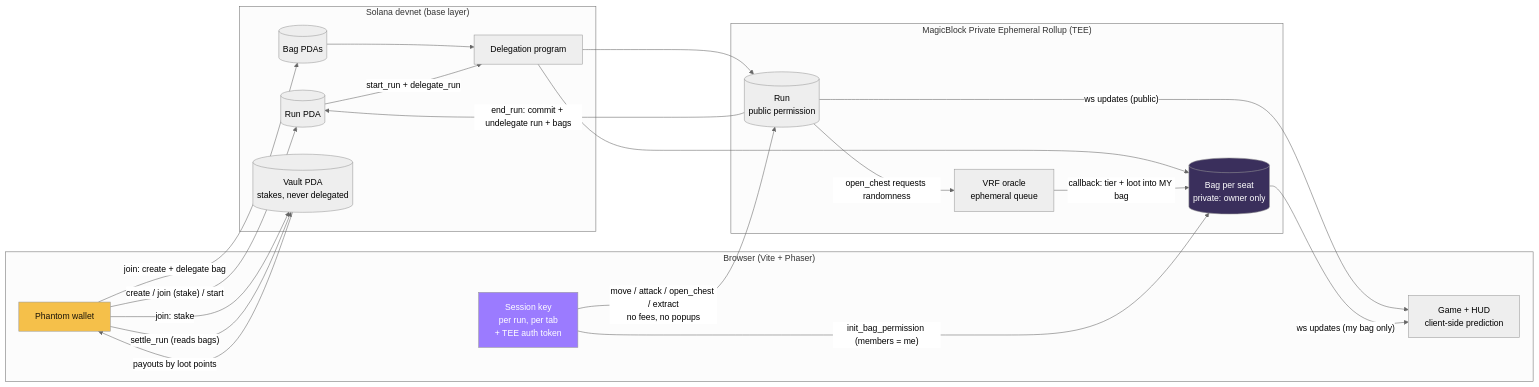
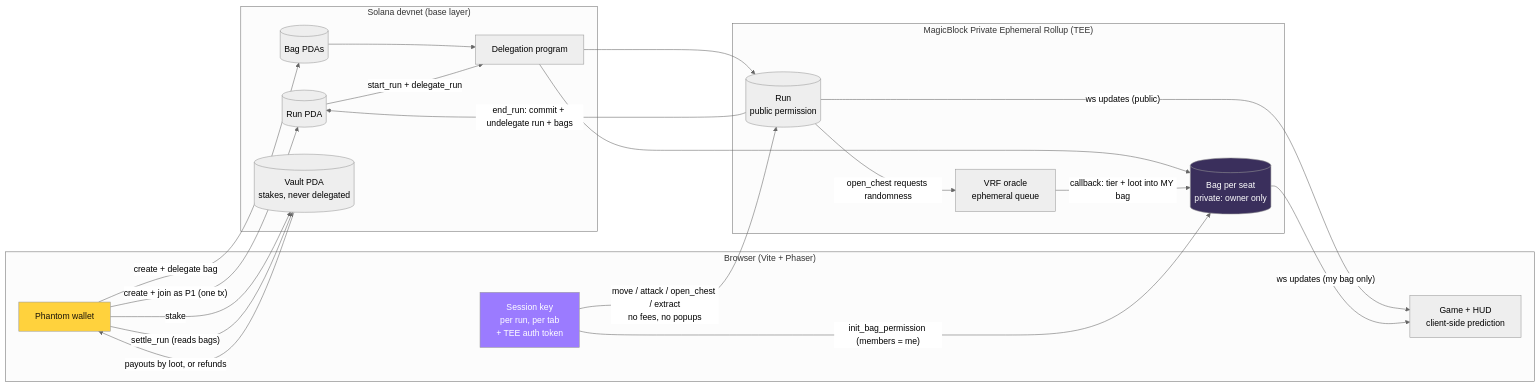
The diagram in README.md (nisargpatel7042lva/extraction-dungeon), drawn with Mermaid (neutral theme) before and after one commit. The commit also changed other lines of this file and 5 other files, not shown here.

````diff
--- a/README.md
+++ b/README.md
@@ -41,39 +142,39 @@
 ```mermaid
 flowchart LR
   subgraph Browser["Browser (Vite + Phaser)"]
     W[Phantom wallet]:::w
     S[Session key<br/>per run, per tab<br/>+ TEE auth token]:::s
     UI[Game + HUD<br/>client-side prediction]
   end
 
   subgraph Base["Solana devnet (base layer)"]
     R0[(Run PDA)]
     B0[(Bag PDAs)]
     V[(Vault PDA<br/>stakes, never delegated)]
     DP[Delegation program]
   end
 
   subgraph PER["MagicBlock Private Ephemeral Rollup (TEE)"]
     R1[(Run<br/>public permission)]
     B1[(Bag per seat<br/>private: owner only)]:::p
     VRF[VRF oracle<br/>ephemeral queue]
   end
 
-  W -- "create / join (stake) / start" --> R0
-  W -- "join: stake" --> V
-  W -- "join: create + delegate bag" --> B0 --> DP --> B1
+  W -- "create + join as P1 (one tx)" --> R0
+  W -- "stake" --> V
+  W -- "create + delegate bag" --> B0 --> DP --> B1
   R0 -- "start_run + delegate_run" --> DP --> R1
   S -- "init_bag_permission (members = me)" --> B1
   S -- "move / attack / open_chest / extract<br/>no fees, no popups" --> R1
   R1 -- "open_chest requests randomness" --> VRF
   VRF -- "callback: tier + loot into MY bag" --> B1
   R1 -- "ws updates (public)" --> UI
   B1 -- "ws updates (my bag only)" --> UI
   R1 -- "end_run: commit + undelegate run + bags" --> R0
   W -- "settle_run (reads bags)" --> V
-  V -- "payouts by loot points" --> W
+  V -- "payouts by loot, or refunds" --> W
 
-  classDef w fill:#f5c04a,color:#1a1408
+  classDef w fill:#ffd23d,color:#1a1408
   classDef s fill:#9b7bff,color:#fff
   classDef p fill:#3a2f5c,color:#fff
 ```
````
